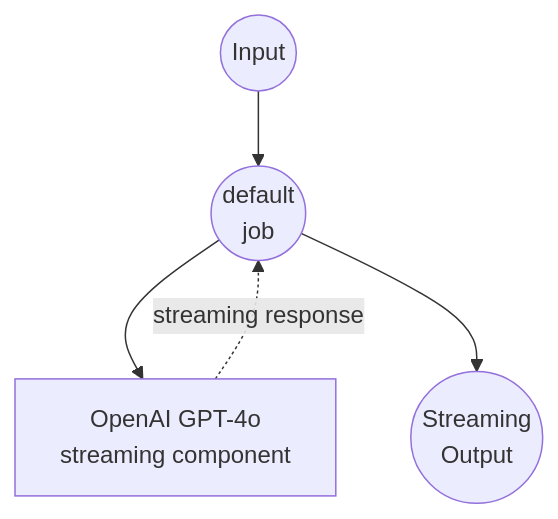
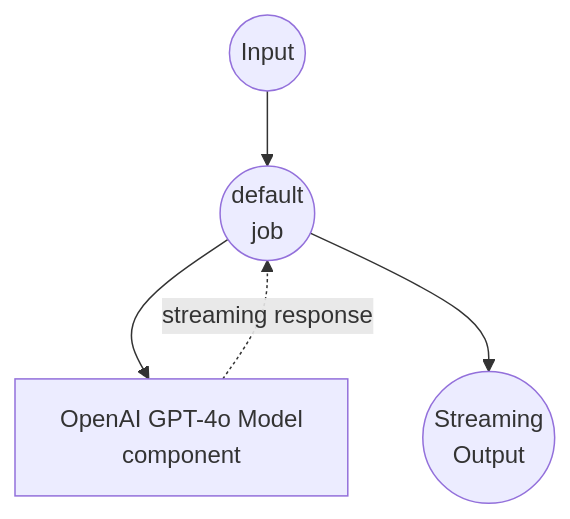
One commit to hanyeol/model-compose changed the diagram in examples/openai-chat-completions-stream/README.md. Above: the diagram before and after it, drawn with Mermaid. The commit also changed other lines of this file and 24 other files, not shown here.

````diff
--- a/examples/openai-chat-completions-stream/README.md
+++ b/examples/openai-chat-completions-stream/README.md
@@ -78,16 +94,16 @@
 ```mermaid
 graph TD
     %% Default job (implicit)
     J1((default<br/>job))
 
     %% Component
-    C1[OpenAI GPT-4o<br/>streaming component]
+    C1[OpenAI GPT-4o Model<br/>component]
 
     %% Job to component connections (solid: invokes, dotted: returns)
     J1 --> C1
     C1 -.-> |streaming response| J1
 
     %% Input/Output
     Input((Input)) --> J1
     J1 --> Output((Streaming<br/>Output))
 ```
````
